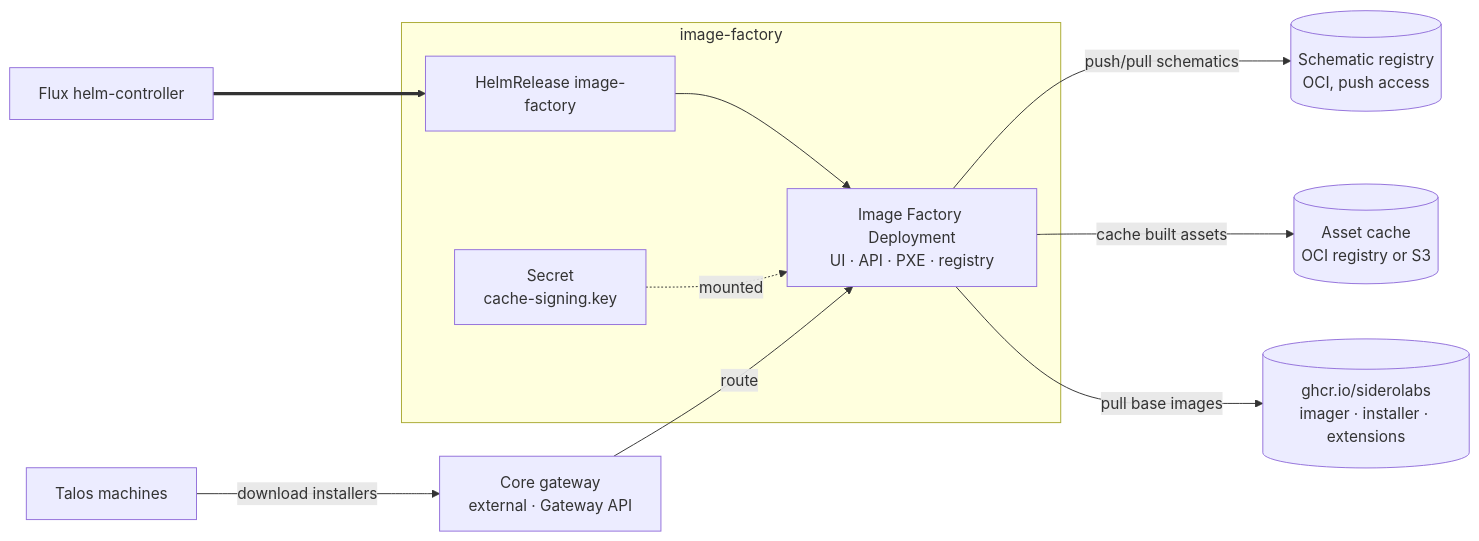
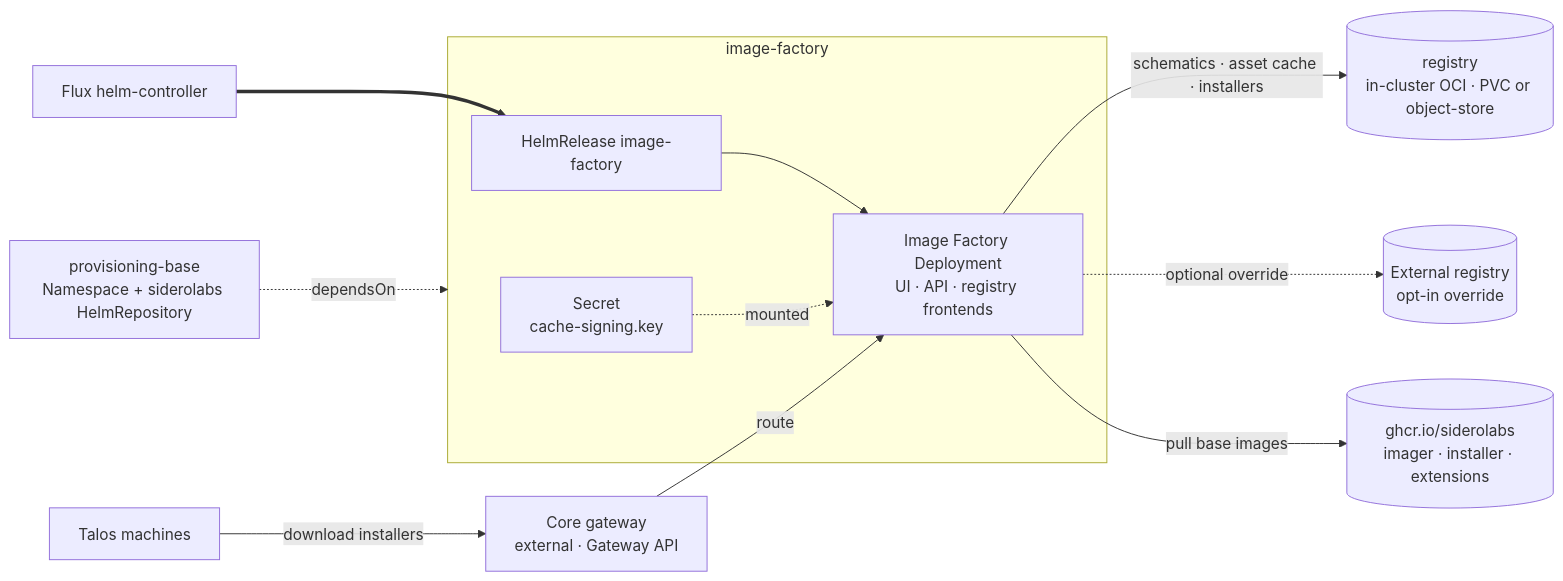
Before and after one commit to windsorcli/manager: the diagram in kustomize/provisioning/README.md, drawn with Mermaid. The commit also changed other lines of this file and 17 other files, not shown here.

````diff
--- a/kustomize/provisioning/README.md
+++ b/kustomize/provisioning/README.md
@@ -31,25 +33,27 @@
 ```mermaid
 flowchart LR
+  base[provisioning-base<br/>Namespace + siderolabs HelmRepository]
   flux[Flux helm-controller]
 
   subgraph systemfactory[image-factory]
     hr[HelmRelease image-factory]
-    pod[Image Factory Deployment<br/>UI · API · PXE · registry]
+    pod[Image Factory Deployment<br/>UI · API · registry frontends]
     secret[Secret<br/>cache-signing.key]
   end
 
-  schematic[(Schematic registry<br/>OCI, push access)]
-  cache[(Asset cache<br/>OCI registry or S3)]
+  reg[(registry<br/>in-cluster OCI · PVC or object-store)]
+  extreg[(External registry<br/>opt-in override)]
   upstream[(ghcr.io/siderolabs<br/>imager · installer · extensions)]
   gw[Core gateway<br/>external · Gateway API]
   machines[Talos machines]
 
+  base -.dependsOn.-> systemfactory
   flux ==> hr
   hr --> pod
   secret -.mounted.-> pod
-  pod -->|push/pull schematics| schematic
-  pod -->|cache built assets| cache
+  pod -->|schematics · asset cache · installers| reg
+  pod -.optional override.-> extreg
   pod -->|pull base images| upstream
   gw -->|route| pod
   machines -->|download installers| gw
 ```
````
